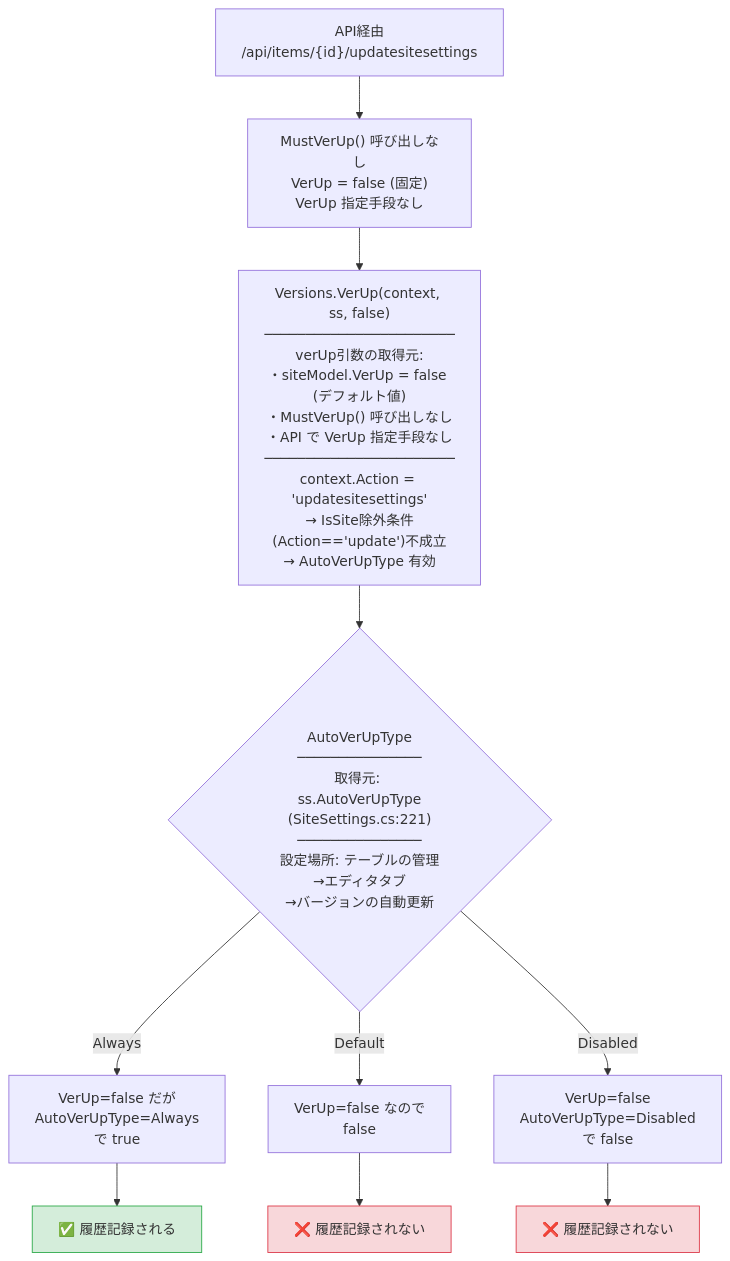
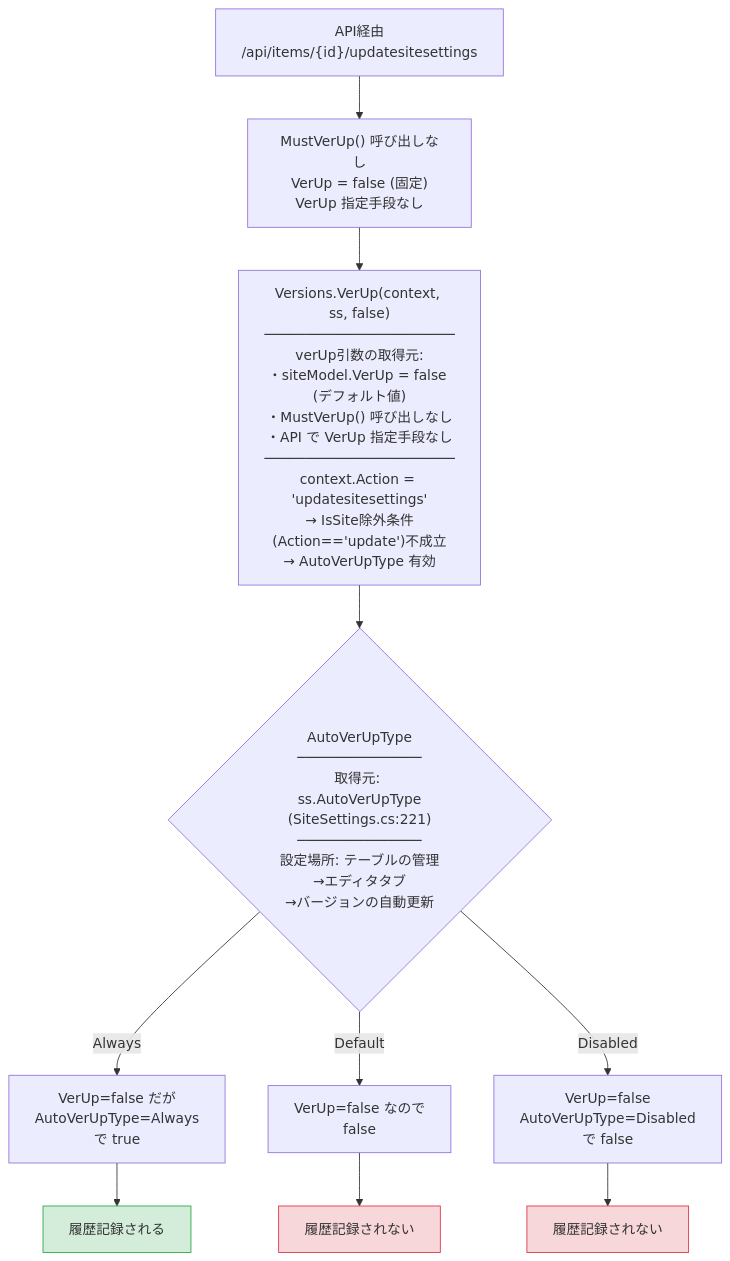
Before and after one commit to vehiclevisionjp/VehicleVision.Pleasanter.ResearchDocuments: the fourth of 7 diagrams in docs/research/03-データ操作・API/002-SiteSetting変更履歴.md, drawn with Mermaid. The commit also changed other lines of this file and 15 other files, not shown here.

````diff
--- a/docs/research/03-データ操作・API/002-SiteSetting変更履歴.md
+++ b/docs/research/03-データ操作・API/002-SiteSetting変更履歴.md
@@ -138,22 +139,22 @@
 ```mermaid
 flowchart TB
     Start["API経由<br/>/api/items/{id}/updatesitesettings"]
 
     Start --> NoMustVerUp["MustVerUp() 呼び出しなし<br/>VerUp = false (固定)<br/>VerUp 指定手段なし"]
 
     NoMustVerUp --> VersionsVerUp["Versions.VerUp(context, ss, false)<br/>───────────────────────<br/>verUp引数の取得元:<br/>・siteModel.VerUp = false (デフォルト値)<br/>・MustVerUp() 呼び出しなし<br/>・API で VerUp 指定手段なし<br/>───────────────────────<br/>context.Action = 'updatesitesettings'<br/>→ IsSite除外条件(Action=='update')不成立<br/>→ AutoVerUpType 有効"]
 
     VersionsVerUp --> AutoType{"AutoVerUpType<br/>───────────────<br/>取得元: ss.AutoVerUpType<br/>(SiteSettings.cs:221)<br/>───────────────<br/>設定場所: テーブルの管理<br/>→エディタタブ<br/>→バージョンの自動更新"}
 
     AutoType -->|Always| Always["VerUp=false だが<br/>AutoVerUpType=Always<br/>で true"]
     AutoType -->|Default| Default["VerUp=false なので<br/>false"]
     AutoType -->|Disabled| Disabled["VerUp=false<br/>AutoVerUpType=Disabled<br/>で false"]
 
-    Always --> RecordYes["✅ 履歴記録される"]
-    Default --> RecordNo["❌ 履歴記録されない"]
-    Disabled --> RecordNo2["❌ 履歴記録されない"]
+    Always --> RecordYes["履歴記録される"]
+    Default --> RecordNo["履歴記録されない"]
+    Disabled --> RecordNo2["履歴記録されない"]
 
     style RecordYes fill:#d4edda,stroke:#28a745
     style RecordNo fill:#f8d7da,stroke:#dc3545
     style RecordNo2 fill:#f8d7da,stroke:#dc3545
 ```
````
